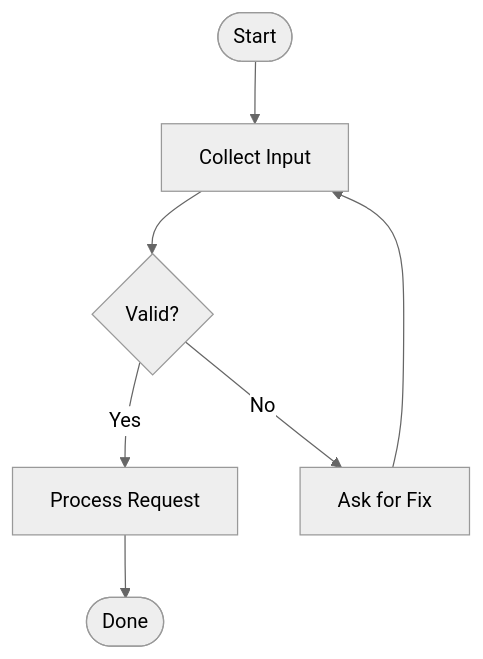
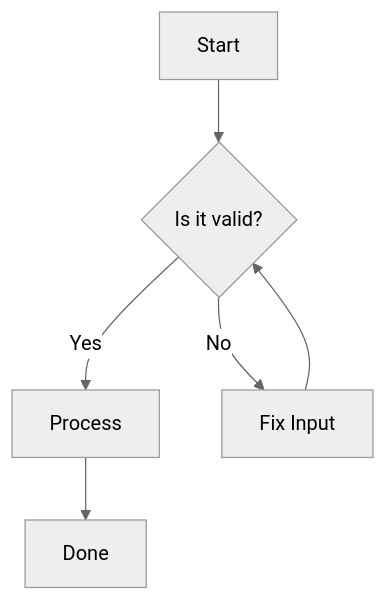
The first of 2 diagrams in README.md (alessandrobologna/test-mermaid), drawn with Mermaid (neutral theme) before and after one commit. The commit also changed other lines of this file, not shown here.

Commit message:
Simplify Mermaid examples in README

````diff
--- a/README.md
+++ b/README.md
@@ -5,10 +5,8 @@
 ```mermaid
-%%{init: {"flowchart": {"diagramPadding": 130}, "htmlLabels": true}}%%
-flowchart TB
-  Start([Start]) --> Input[Collect Input]
-  Input --> Validate{Valid?}
-  Validate -->|Yes| Process[Process Request]
-  Validate -->|No| Retry[Ask for Fix]
-  Retry --> Input
-  Process --> Done([Done])
+flowchart TD
+  A[Start] --> B{Is it valid?}
+  B -->|Yes| C[Process]
+  B -->|No| D[Fix Input]
+  D --> B
+  C --> E[Done]
 ```
````
